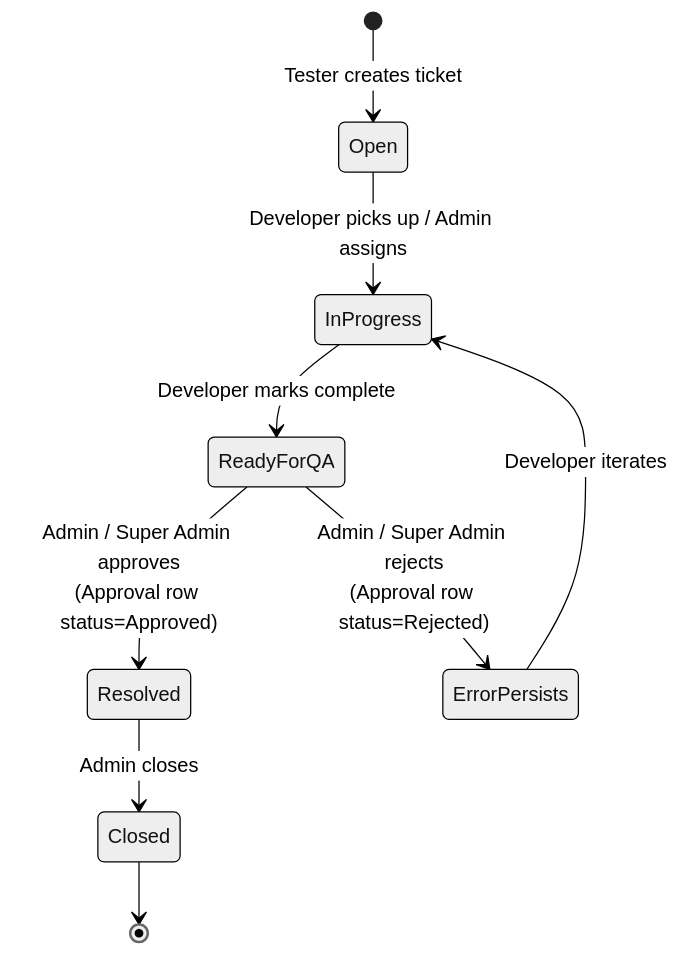
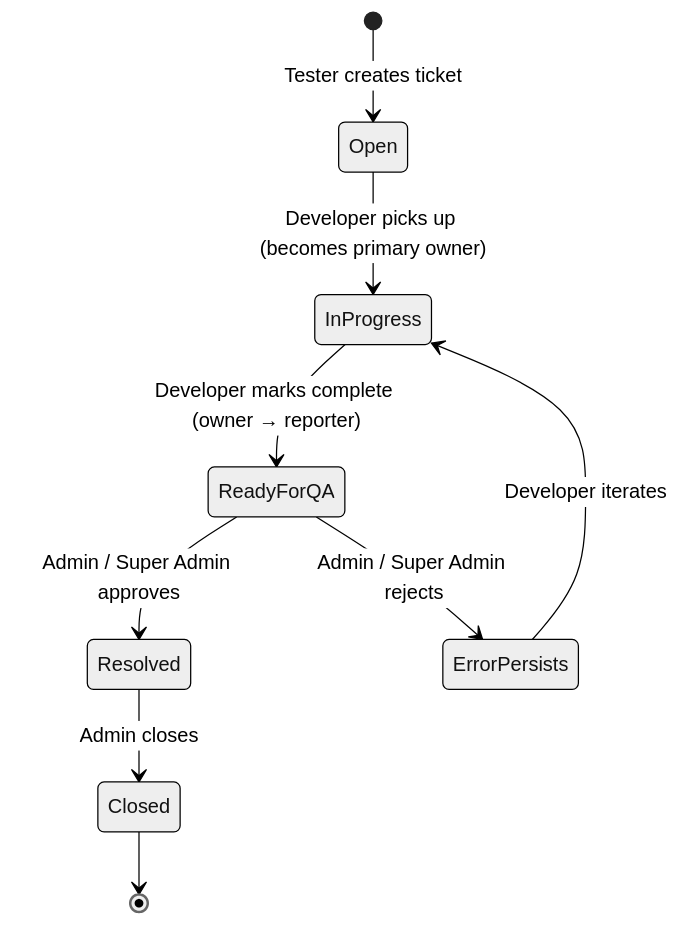
One commit to Asciente-rks/service-ticket-system changed the fourth of 6 diagrams in README.md. Above: the diagram before and after it, drawn with Mermaid (neutral theme). The commit also changed other lines of this file, not shown here.

First line of the commit message:
docs: rewrite README for current NexusTrack architecture

````diff
--- a/README.md
+++ b/README.md
@@ -163,11 +164,11 @@
 ```mermaid
 stateDiagram-v2
     [*] --> Open: Tester creates ticket
-    Open --> InProgress: Developer picks up / Admin assigns
-    InProgress --> ReadyForQA: Developer marks complete
-    ReadyForQA --> Resolved: Admin / Super Admin approves<br/>(Approval row status=Approved)
-    ReadyForQA --> ErrorPersists: Admin / Super Admin rejects<br/>(Approval row status=Rejected)
+    Open --> InProgress: Developer picks up (becomes primary owner)
+    InProgress --> ReadyForQA: Developer marks complete (owner → reporter)
+    ReadyForQA --> Resolved: Admin / Super Admin approves
+    ReadyForQA --> ErrorPersists: Admin / Super Admin rejects
     ErrorPersists --> InProgress: Developer iterates
     Resolved --> Closed: Admin closes
     Closed --> [*]
 ```
````
